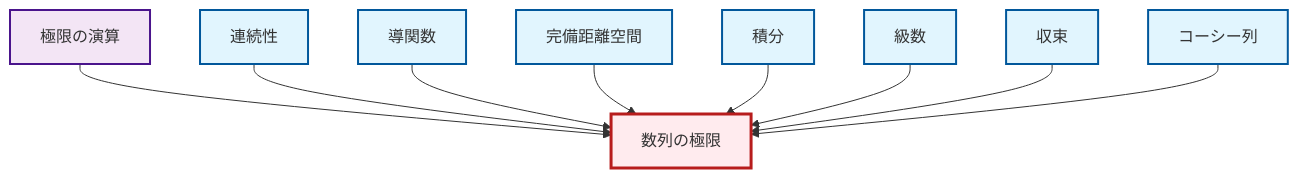
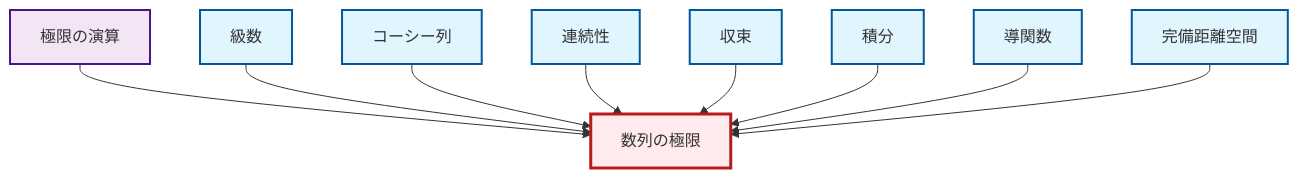
One commit to RK0429/ModernMath changed the diagram in output/mermaid/ja/def-limit.mermaid. Above: the diagram before and after it, drawn with Mermaid. The commit also changed other lines of this file and 3212 other files, not shown here.

```diff
--- a/output/mermaid/ja/def-limit.mermaid
+++ b/output/mermaid/ja/def-limit.mermaid
@@ -1,24 +1,24 @@
 graph TD
     classDef definition fill:#e1f5fe,stroke:#01579b,stroke-width:2px
     classDef theorem fill:#f3e5f5,stroke:#4a148c,stroke-width:2px
     classDef axiom fill:#fff3e0,stroke:#e65100,stroke-width:2px
     classDef example fill:#e8f5e9,stroke:#1b5e20,stroke-width:2px
     classDef current fill:#ffebee,stroke:#b71c1c,stroke-width:3px
+    def-integral["積分"]:::definition
     thm-limit-arithmetic["極限の演算"]:::theorem
-    def-integral["積分"]:::definition
+    def-series["級数"]:::definition
+    def-convergence["収束"]:::definition
+    def-limit["数列の極限"]:::definition
     def-complete-metric-space["完備距離空間"]:::definition
     def-continuity["連続性"]:::definition
-    def-series["級数"]:::definition
     def-derivative["導関数"]:::definition
     def-cauchy-sequence["コーシー列"]:::definition
-    def-limit["数列の極限"]:::definition
-    def-convergence["収束"]:::definition
     thm-limit-arithmetic --> def-limit
+    def-series --> def-limit
+    def-cauchy-sequence --> def-limit
     def-continuity --> def-limit
+    def-convergence --> def-limit
+    def-integral --> def-limit
     def-derivative --> def-limit
     def-complete-metric-space --> def-limit
-    def-integral --> def-limit
-    def-series --> def-limit
-    def-convergence --> def-limit
-    def-cauchy-sequence --> def-limit
     class def-limit current
```
